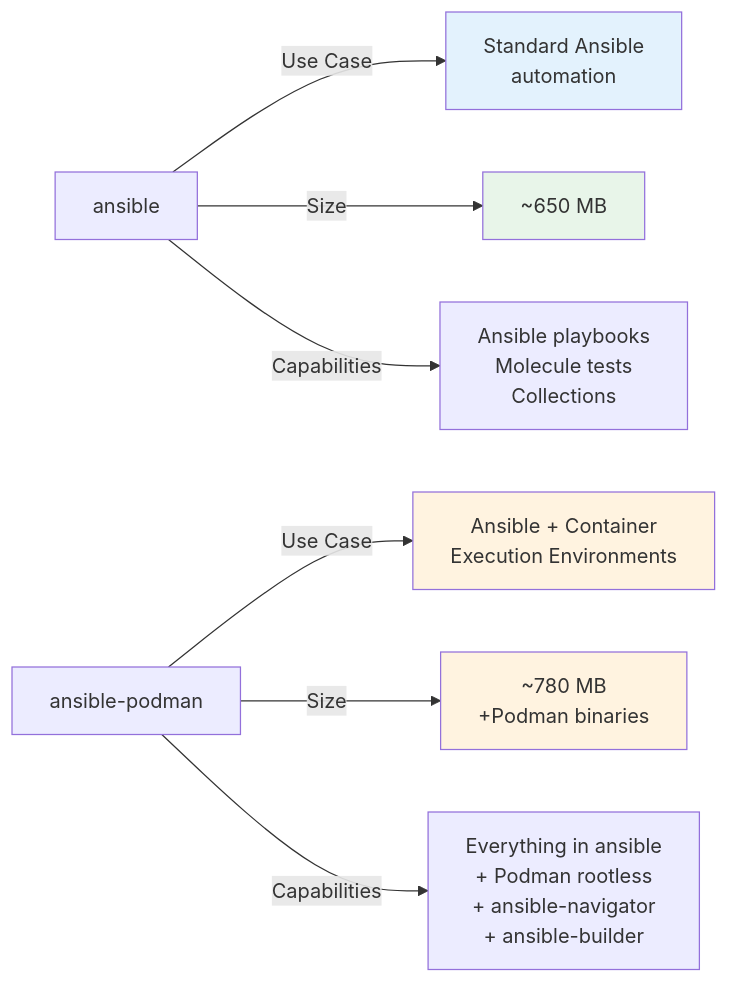
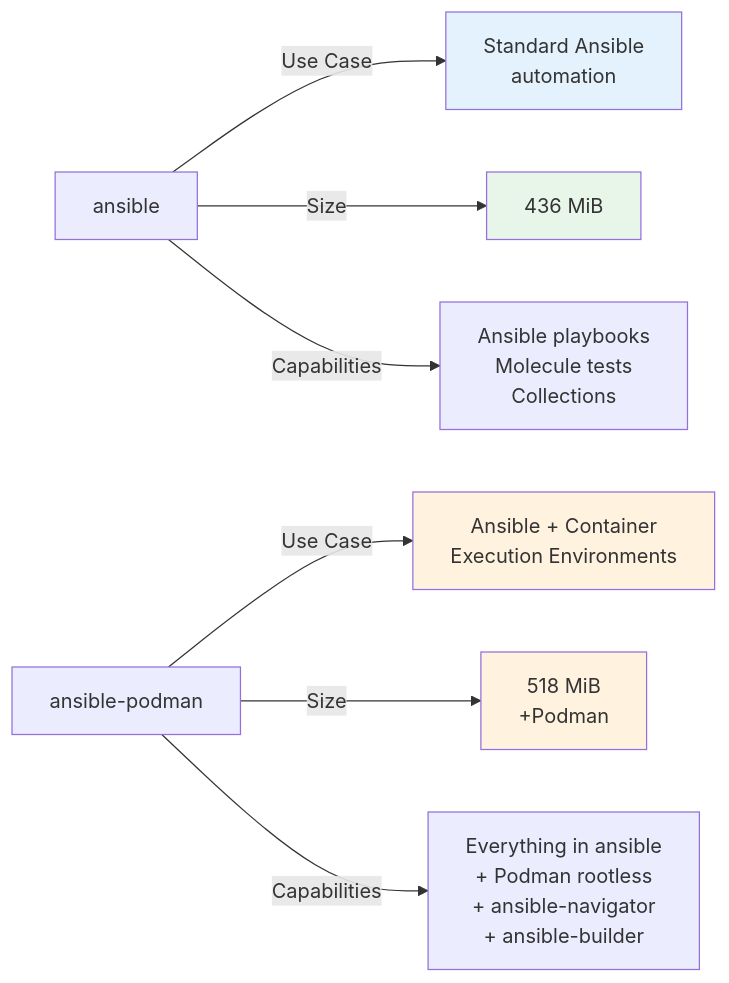
Before and after one commit to malpanez/ansible-devcontainer-vscode: the fifth of 11 diagrams in docs/ARCHITECTURE.md, drawn with Mermaid. The commit also changed other lines of this file and 26 other files, not shown here.

````diff
--- a/docs/ARCHITECTURE.md
+++ b/docs/ARCHITECTURE.md
@@ -206,16 +191,16 @@
 ```mermaid
 graph LR
     A[ansible] -->|Use Case| B[Standard Ansible<br/>automation]
     C[ansible-podman] -->|Use Case| D[Ansible + Container<br/>Execution Environments]
 
-    A -->|Size| E[~650 MB]
-    C -->|Size| F[~780 MB<br/>+Podman binaries]
+    A -->|Size| E[436 MiB]
+    C -->|Size| F[518 MiB<br/>+Podman]
 
     A -->|Capabilities| G[Ansible playbooks<br/>Molecule tests<br/>Collections]
     C -->|Capabilities| H[Everything in ansible<br/>+ Podman rootless<br/>+ ansible-navigator<br/>+ ansible-builder]
 
     style B fill:#e3f2fd
     style D fill:#fff3e0
     style E fill:#e8f5e9
     style F fill:#fff3e0
 ```
````
